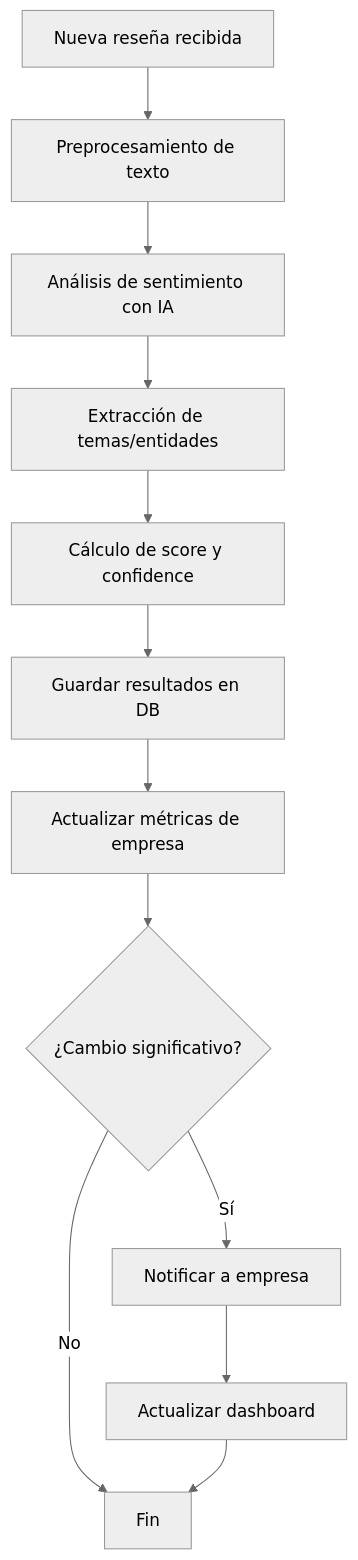
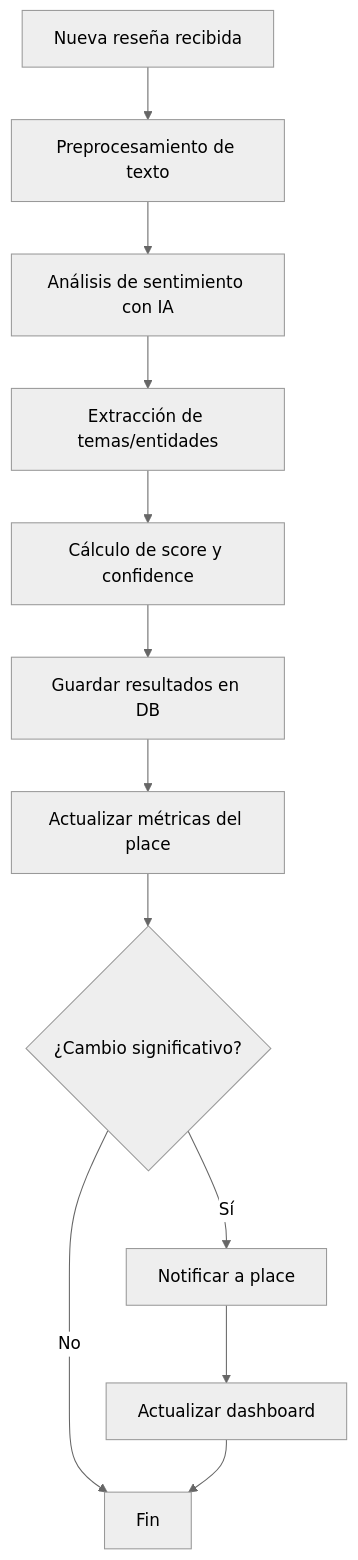
One commit to GabrielZavando/Directorio-concon changed the third of 3 diagrams in .github/instructions/ai-instructions.md. Above: the diagram before and after it, drawn with Mermaid (neutral theme). The commit also changed other lines of this file and 68 other files, not shown here.

First line of the commit message:
feat(backend): replace empresas with places entity and extended schema

````diff
--- a/.github/instructions/ai-instructions.md
+++ b/.github/instructions/ai-instructions.md
@@ -829,14 +829,14 @@
 ```mermaid
 graph TD
     A[Nueva reseña recibida] --> B[Preprocesamiento de texto]
     B --> C[Análisis de sentimiento con IA]
     C --> D[Extracción de temas/entidades]
     D --> E[Cálculo de score y confidence]
     E --> F[Guardar resultados en DB]
-    F --> G[Actualizar métricas de empresa]
+    F --> G[Actualizar métricas del place]
     G --> H{¿Cambio significativo?}
-    H -->|Sí| I[Notificar a empresa]
+    H -->|Sí| I[Notificar a place]
     H -->|No| J[Fin]
     I --> K[Actualizar dashboard]
     K --> J
 ```
````
